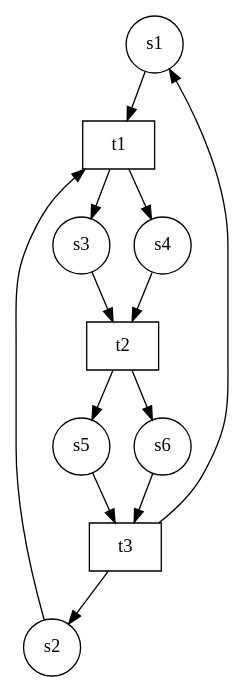
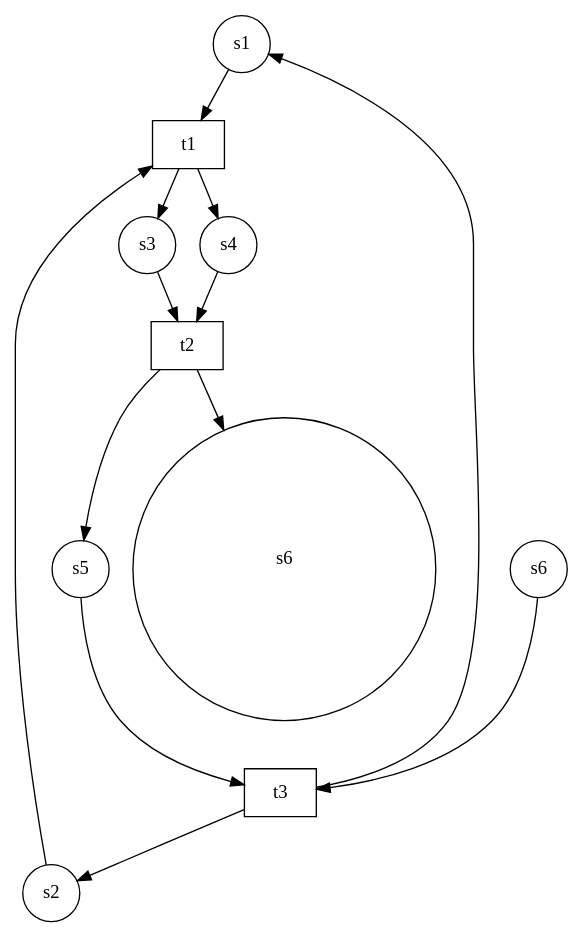
One commit to dnannen/reduction-of-petri-nets changed the diagram in petri-netz.gv. Above: the diagram before and after it, drawn with Graphviz. The commit also changed 5 other files, not shown here.

```diff
--- a/petri-netz.gv
+++ b/petri-netz.gv
@@ -1,24 +1,25 @@
 digraph petrinet{
 node[shape=circle];
 "s1";
 "s2";
 "s3";
 "s4";
 "s5";
 "s6";
 "t1" [shape=box];
 "t2" [shape=box];
 "t3" [shape=box];
 "s1"->"t1"
 "s2"->"t1"
 "s3"->"t2"
 "s4"->"t2"
 "s5"->"t3"
 "s6"->"t3"
 "t1"->"s3"
 "t1"->"s4"
 "t2"->"s5"
-"t2"->"s6"
+"t2"->"s6
+                                "
 "t3"->"s1"
 "t3"->"s2"
 }
```
